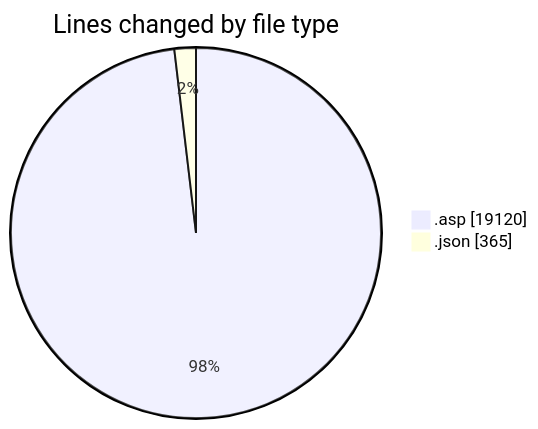
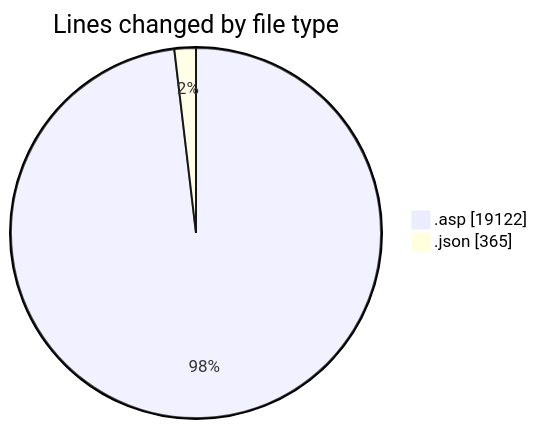
One commit to julien-gomy/code-tracking changed the first of 2 diagrams in 2025-11-01/cdp_aleoudev_fr__workspace_/README.md. Above: the diagram before and after it, drawn with Mermaid. The commit also changed other lines of this file and 1 other file, not shown here.

````diff
--- a/2025-11-01/cdp_aleoudev_fr__workspace_/README.md
+++ b/2025-11-01/cdp_aleoudev_fr__workspace_/README.md
@@ -28,6 +28,6 @@
 ```mermaid
 pie showData
 title Lines changed by file type
-".asp" : 19120
+".asp" : 19122
 ".json" : 365
 ```
````
